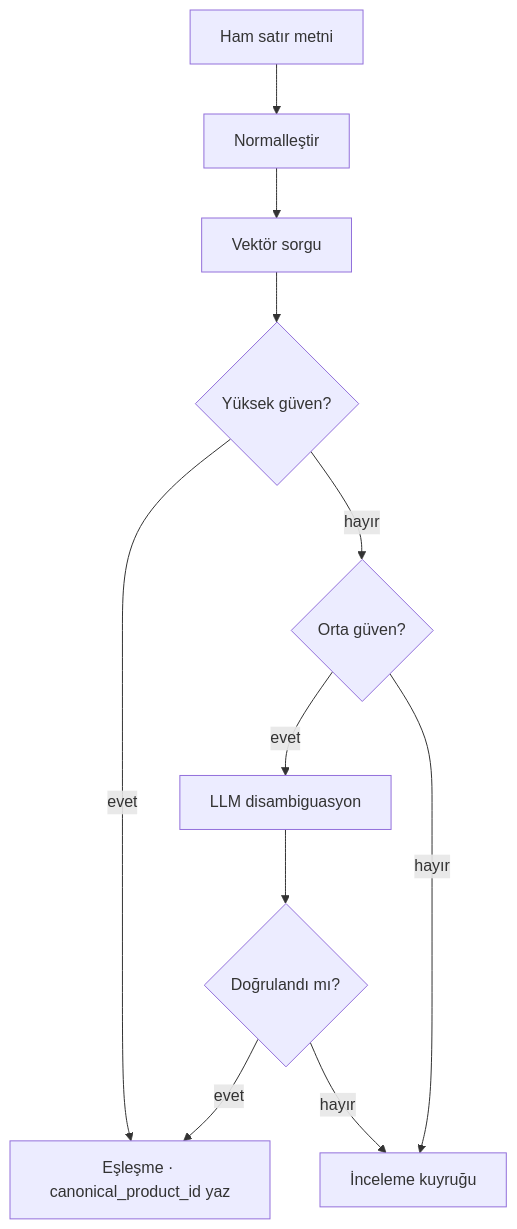
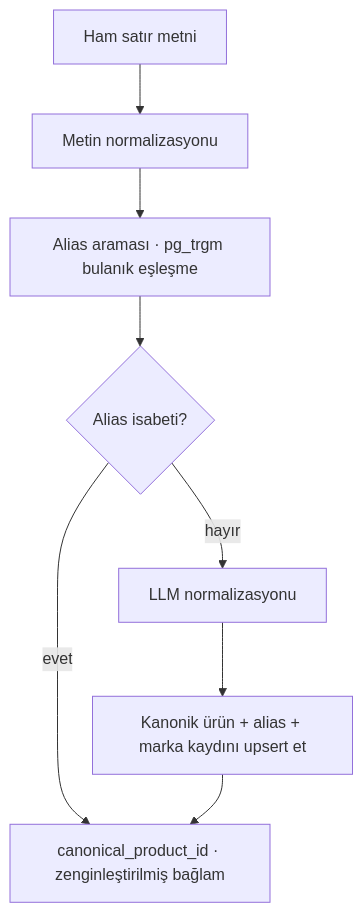
The diagram in content/technical-paper/tr/02-receipt-pipeline/06-canonical.md (Yumo-Yumo-Inc/yumoyumohq), drawn with Mermaid before and after one commit. The commit also changed other lines of this file and 1048 other files, not shown here.

````diff
--- a/content/technical-paper/tr/02-receipt-pipeline/06-canonical.md
+++ b/content/technical-paper/tr/02-receipt-pipeline/06-canonical.md
@@ -18,13 +20,10 @@
 ```mermaid
 flowchart TD
-    A["Ham satır metni"] --> B["Normalleştir"]
-    B --> C["Vektör sorgu"]
-    C --> D{"Yüksek güven?"}
-    D -- evet --> E["Eşleşme · canonical_product_id yaz"]
-    D -- hayır --> F{"Orta güven?"}
-    F -- evet --> G["LLM disambiguasyon"]
-    F -- hayır --> H["İnceleme kuyruğu"]
-    G --> I{"Doğrulandı mı?"}
-    I -- evet --> E
-    I -- hayır --> H
+    A[Ham satır metni] --> B[Metin normalizasyonu]
+    B --> C[Alias araması · pg_trgm bulanık eşleşme]
+    C --> D{Alias isabeti?}
+    D -- evet --> E[canonical_product_id · zenginleştirilmiş bağlam]
+    D -- hayır --> F[LLM normalizasyonu]
+    F --> G[Kanonik ürün + alias + marka kaydını upsert et]
+    G --> E
 ```
````
